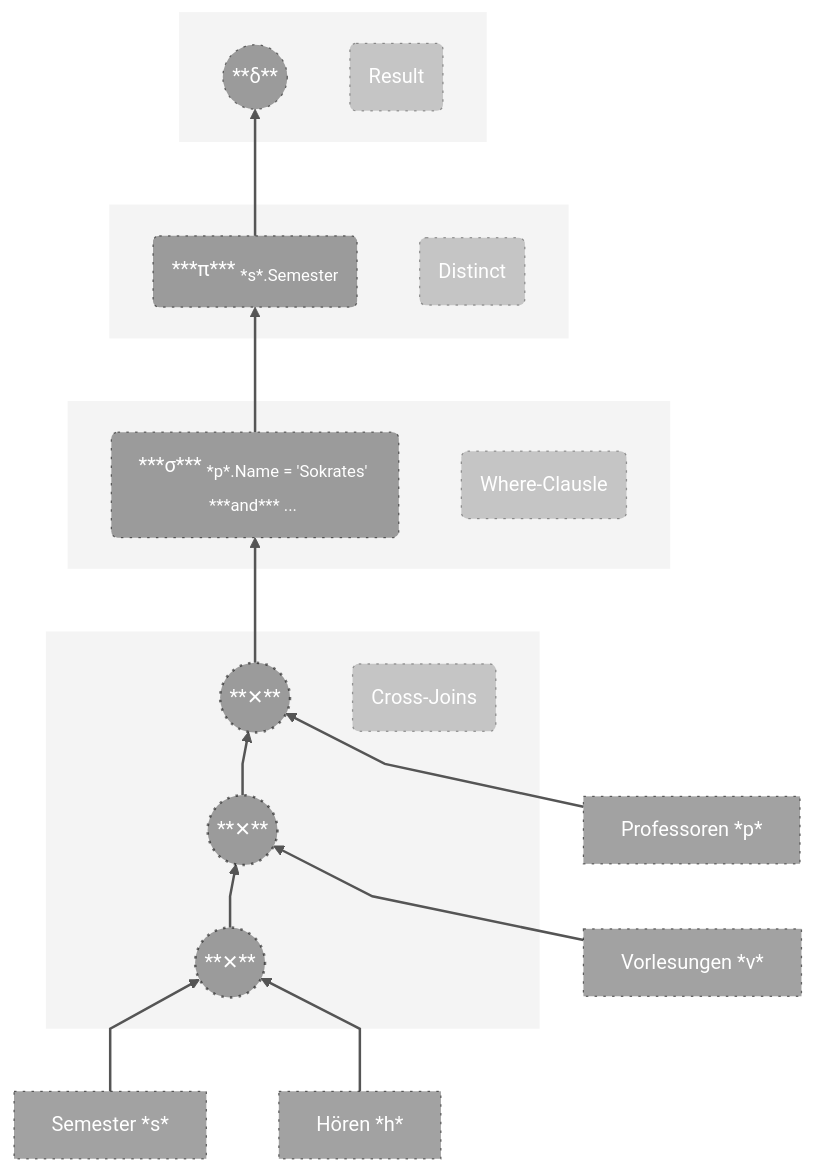
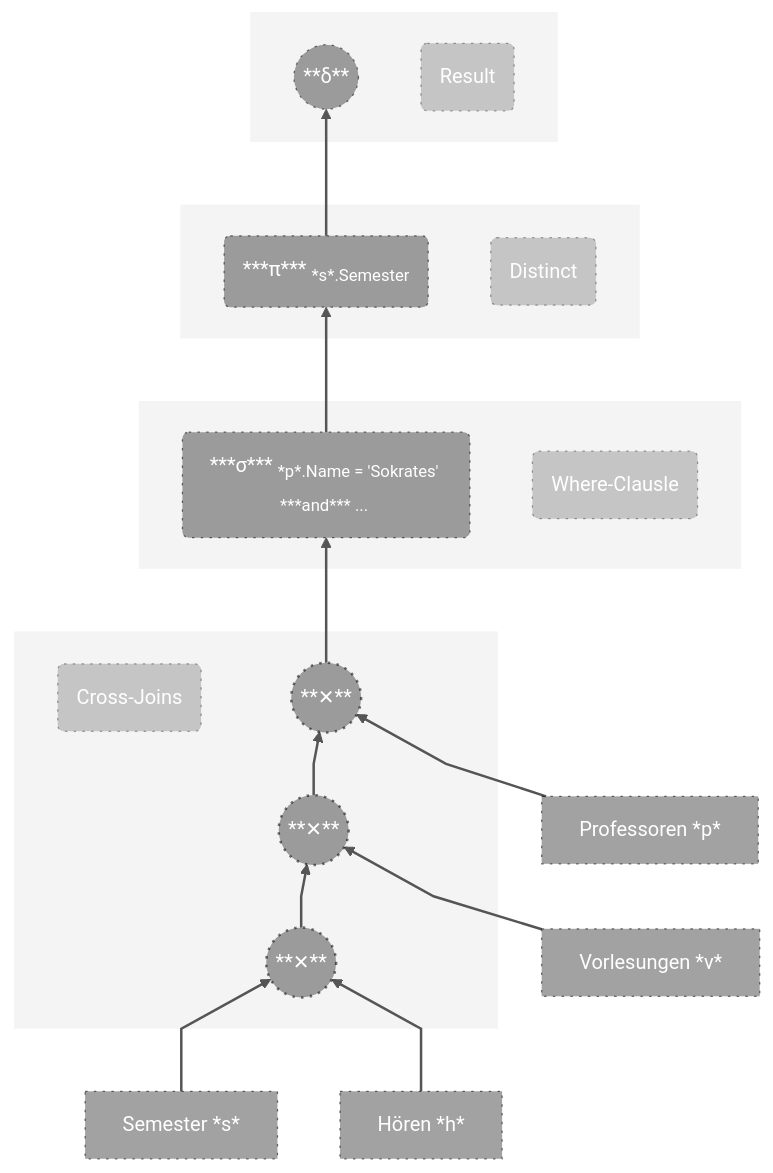
Before and after one commit to IxI-Enki/DbiTheorie-001: the diagram in diagrams/logische-optimierung.md, drawn with Mermaid.

````diff
--- a/diagrams/logische-optimierung.md
+++ b/diagrams/logische-optimierung.md
@@ -4,70 +4,70 @@
 ```mermaid
 %%{init: { "flowchart": { "curve": "linear" } } }%%
 
 flowchart BT
   classDef cross fill:#0000005d, stroke:#0000008a, stroke-width:2px, color:#fff, stroke-dasharray: 2 5;
   classDef node fill:#0000005d, stroke:#0000008a, stroke-width:1px, color:#fff, stroke-dasharray: 2 5;
-  classDef sub fill:#0000000b, stroke:#00000000;
+  classDef sub fill:#0000000b, stroke:#ffffff0e, stroke-width:1px, color:#fff;
   classDef note fill:#00000031, stroke:#0000005a, stroke-width:1px, color:#fff, stroke-dasharray: 2 5;
 
+  noteX
   0((**δ**))
   1(***π*** <sub>*s*.Semester</sub>)
   2(***σ*** <sub>*p*.Name = 'Sokrates' ***and*** ... </sub>)
   p[Professoren *p*]
   s[Semester *s*]
   h[Hören *h*]
   v[Vorlesungen *v*]
    x((**✕**))
   x2((**✕**))
-  noteX
   x3((**✕**))
   
   class x,x2,x3 cross;
   class 0,1,2,p,v,s,h node;
   %% 0  
   1  --> 0        
   %% 1      
   2  --> 1        
   %% 2      
   x  --> 2        
   %% 3      
   x2 --> x        
   %% 4      
   x3 --> x2       
   %% 5      
   v  --> x2       
   %% 6      
   p  --> x        
   %% 7      
   s  --> x3       
   %% 8      
   h  --> x3       
   linkStyle 0,1,2,3,4,5,6,7,8 fill:none, stroke:#555, stroke-width:2px, color:white;
   
   
   subgraph sub0 [" "]
     0
     note( Result )
   end
   subgraph sub1 [" "]
     1
     note1( Distinct )
   end
   subgraph sub2 [" "]
     2
     note2( Where-Clausle )
   end
  
   subgraph subX [" "]
     noteX( Cross-Joins )
     x  
     x2
     x3
   end
   class note,note1,note2,noteH,noteS,noteV,noteP,noteX note;
   class sub0,sub1,sub2,subP,subV,subS,subH,subX sub;
 
 
 
   
 ```
````
